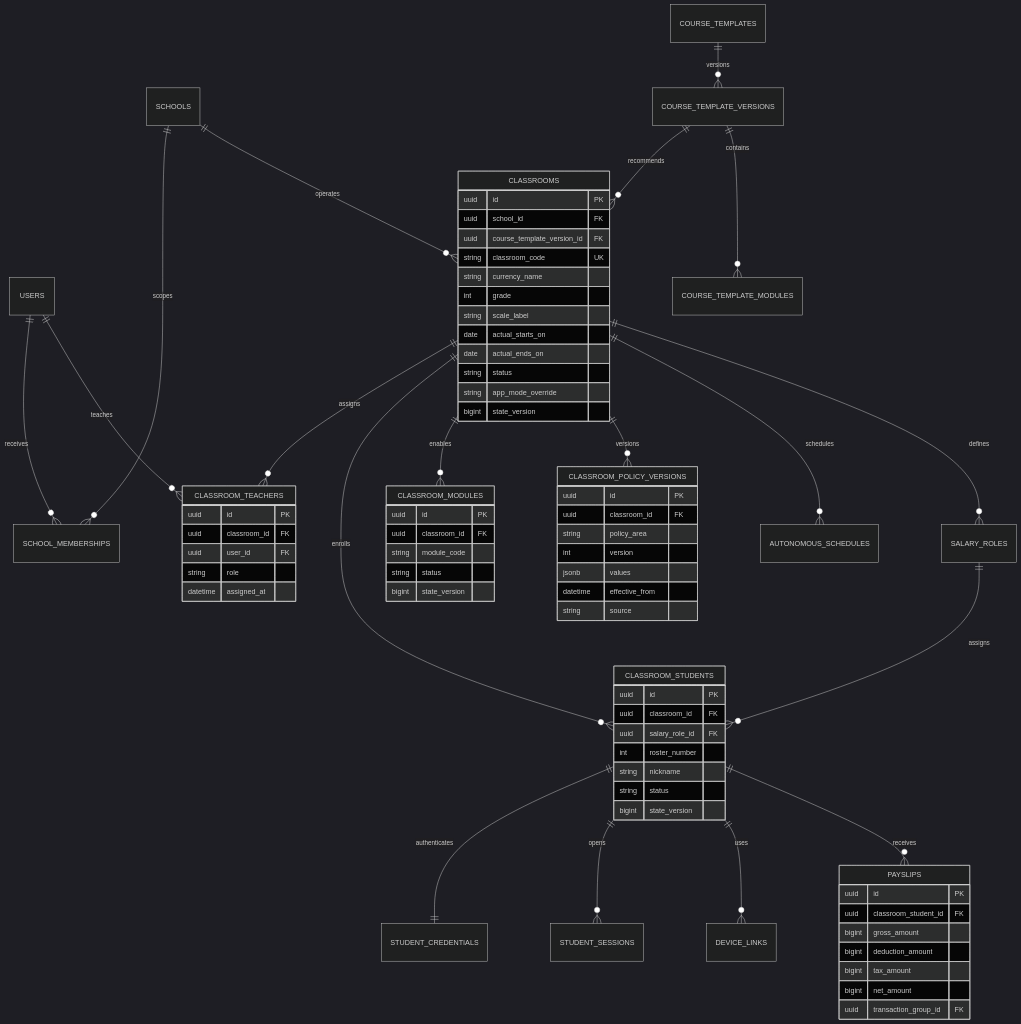
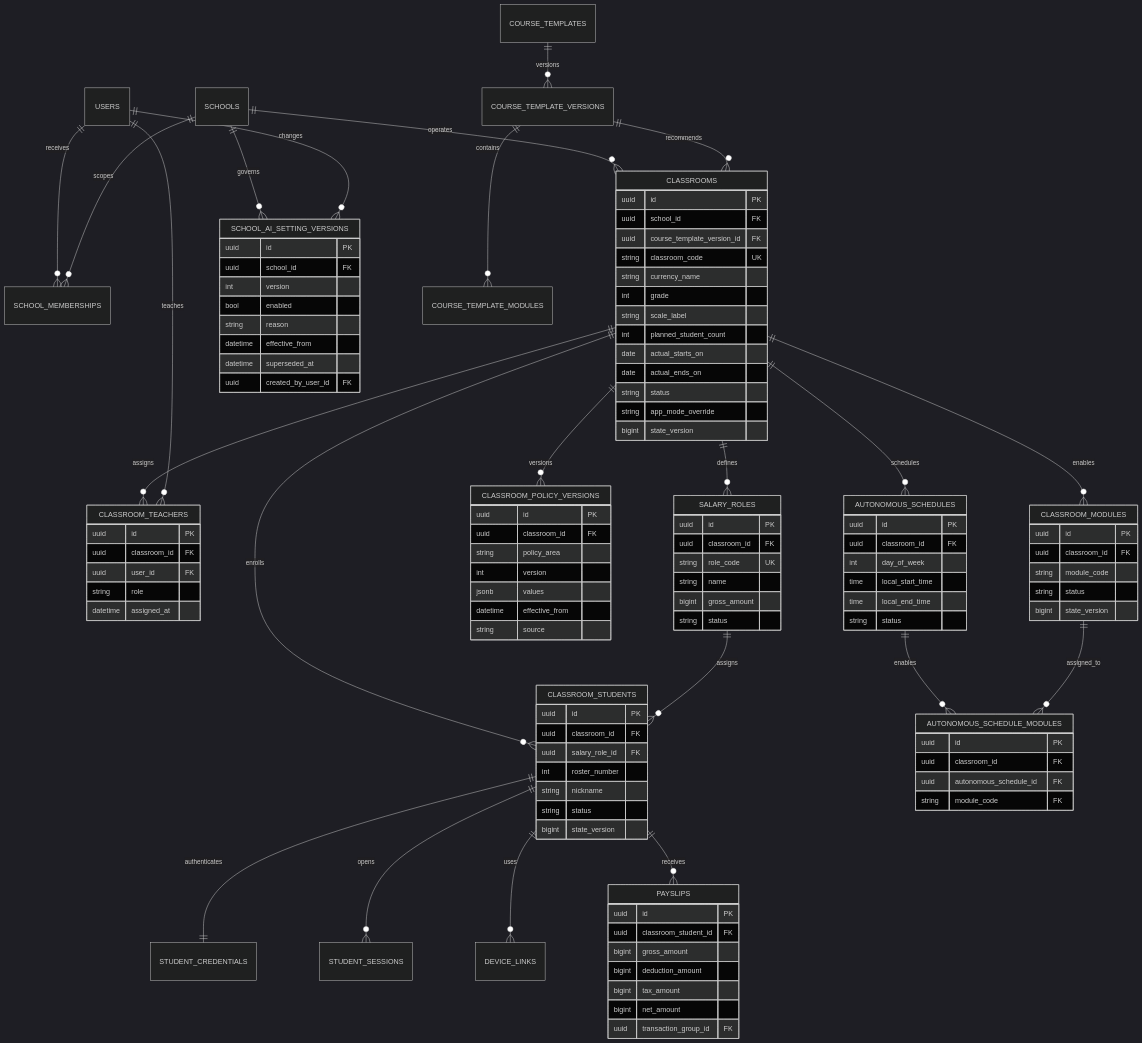
The first of 6 diagrams in docs/DATA_MODEL.md (watermell0n/EcoVillgae), drawn with Mermaid (dark theme) before and after one commit. The commit also changed other lines of this file and 28 other files, not shown here.

```diff
--- a/docs/DATA_MODEL.md
+++ b/docs/DATA_MODEL.md
@@ -47,6 +48,8 @@
     USERS ||--o{ SCHOOL_MEMBERSHIPS : receives
     SCHOOLS ||--o{ SCHOOL_MEMBERSHIPS : scopes
     SCHOOLS ||--o{ CLASSROOMS : operates
+    SCHOOLS ||--o{ SCHOOL_AI_SETTING_VERSIONS : governs
+    USERS ||--o{ SCHOOL_AI_SETTING_VERSIONS : changes
     COURSE_TEMPLATE_VERSIONS ||--o{ CLASSROOMS : recommends
     COURSE_TEMPLATES ||--o{ COURSE_TEMPLATE_VERSIONS : versions
     COURSE_TEMPLATE_VERSIONS ||--o{ COURSE_TEMPLATE_MODULES : contains
@@ -59,6 +62,8 @@
     CLASSROOMS ||--o{ CLASSROOM_MODULES : enables
     CLASSROOMS ||--o{ CLASSROOM_POLICY_VERSIONS : versions
     CLASSROOMS ||--o{ AUTONOMOUS_SCHEDULES : schedules
+    AUTONOMOUS_SCHEDULES ||--o{ AUTONOMOUS_SCHEDULE_MODULES : enables
+    CLASSROOM_MODULES ||--o{ AUTONOMOUS_SCHEDULE_MODULES : assigned_to
     CLASSROOMS ||--o{ SALARY_ROLES : defines
     SALARY_ROLES ||--o{ CLASSROOM_STUDENTS : assigns
     CLASSROOM_STUDENTS ||--o{ PAYSLIPS : receives
@@ -71,6 +76,7 @@
         string currency_name
         int grade
         string scale_label
+        int planned_student_count
         date actual_starts_on
         date actual_ends_on
         string status
@@ -109,6 +115,38 @@
         datetime effective_from
         string source
     }
+    AUTONOMOUS_SCHEDULES {
+        uuid id PK
+        uuid classroom_id FK
+        int day_of_week
+        time local_start_time
+        time local_end_time
+        string status
+    }
+    AUTONOMOUS_SCHEDULE_MODULES {
+        uuid id PK
+        uuid classroom_id FK
+        uuid autonomous_schedule_id FK
+        string module_code FK
+    }
+    SALARY_ROLES {
+        uuid id PK
+        uuid classroom_id FK
+        string role_code UK
+        string name
+        bigint gross_amount
+        string status
+    }
+    SCHOOL_AI_SETTING_VERSIONS {
+        uuid id PK
+        uuid school_id FK
+        int version
+        bool enabled
+        string reason
+        datetime effective_from
+        datetime superseded_at
+        uuid created_by_user_id FK
+    }
     PAYSLIPS {
         uuid id PK
         uuid classroom_student_id FK
```
